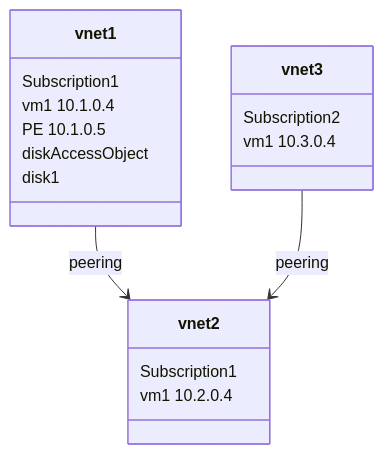
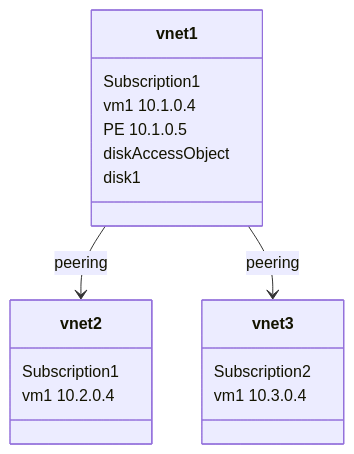
One commit to cpinotossi/cptdazbackup changed the diagram in README.md. Above: the diagram before and after it, drawn with Mermaid.

Commit message:
working disk access object demo

```diff
--- a/README.md
+++ b/README.md
@@ -45,14 +45,14 @@
 ~~~mermaid
 classDiagram 
 vnet1-->vnet2: peering
-vnet3-->vnet2: peering
+vnet1-->vnet3: peering
 vnet1: Subscription1
 vnet1: vm1 10.1.0.4
 vnet1: PE 10.1.0.5
 vnet1: diskAccessObject
 vnet1: disk1
 vnet2: Subscription1
 vnet2: vm1 10.2.0.4
 vnet3: Subscription2
 vnet3: vm1 10.3.0.4
 ~~~
```
